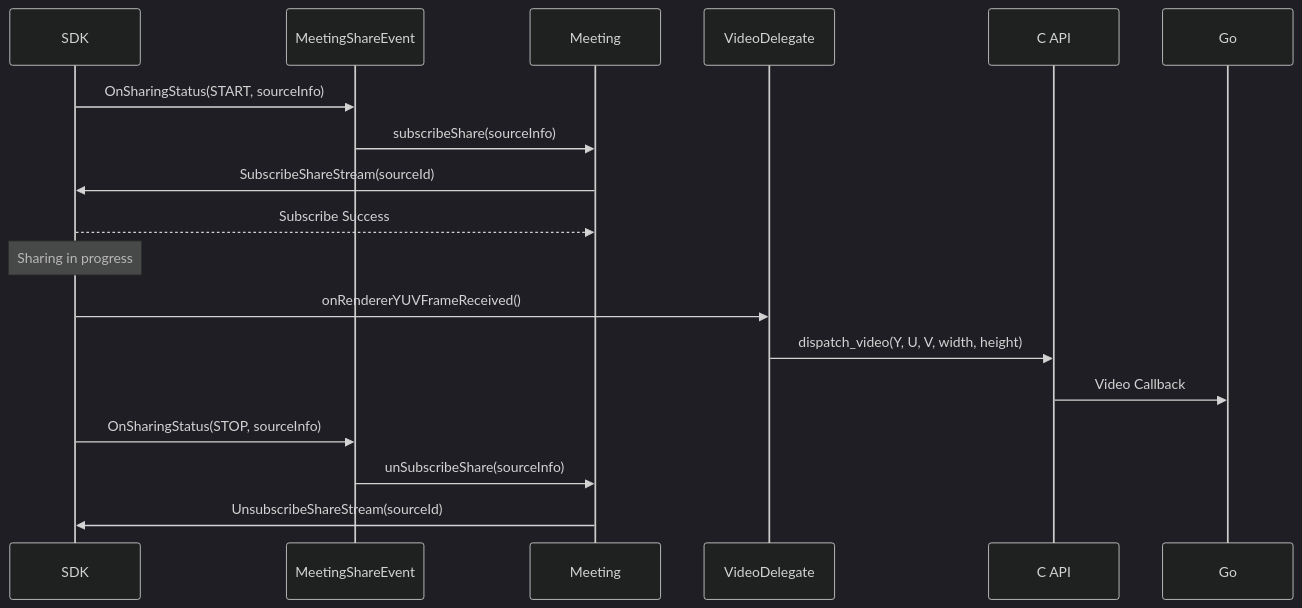
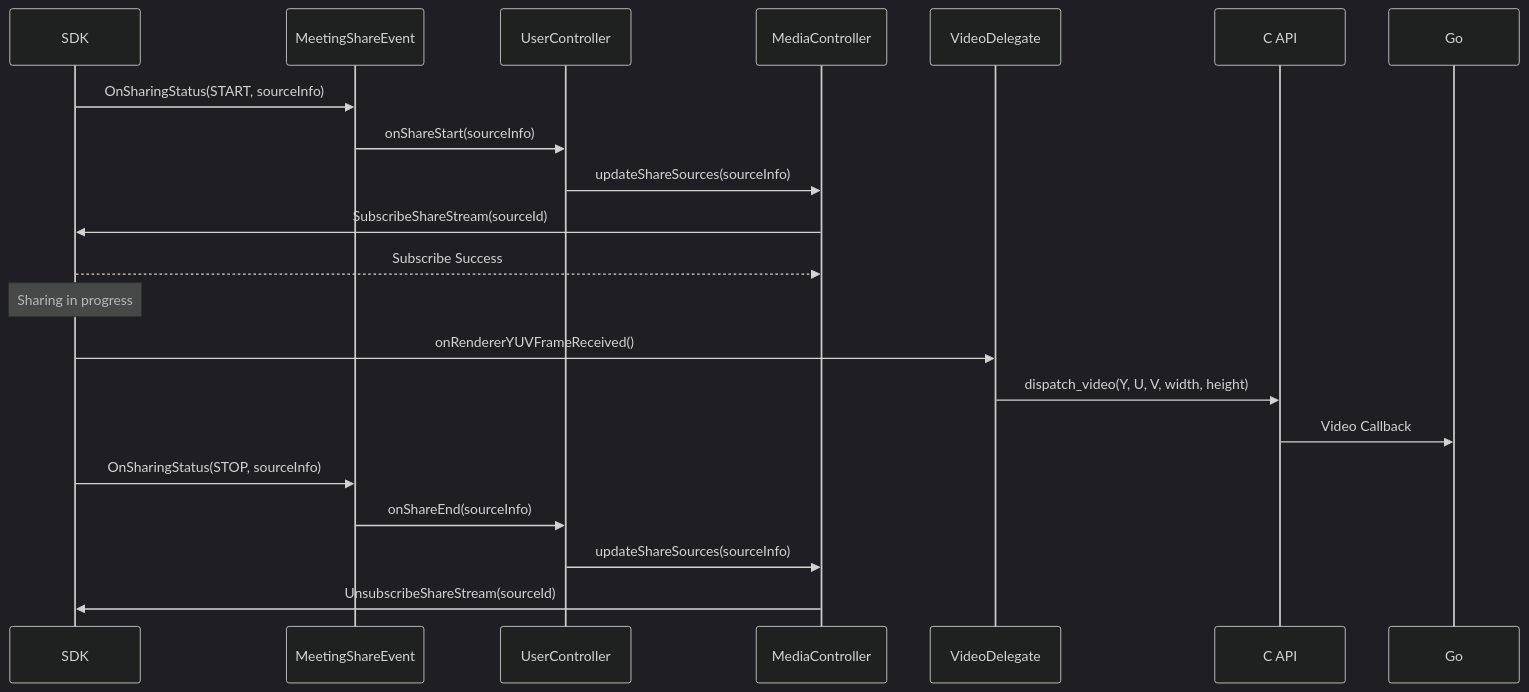
The second of 2 diagrams in README.md (qieqieplus/headless-meeting-bot), drawn with Mermaid (dark theme) before and after one commit. The commit also changed other lines of this file and 134 other files, not shown here.

First line of the commit message:
refactor: restructure codebase with modular architecture

````diff
--- a/README.md
+++ b/README.md
@@ -263,23 +263,25 @@
 ```mermaid
 sequenceDiagram
     participant SDK
     participant MeetingShareEvent
-    participant Meeting
+    participant UserController
+    participant MediaController
     participant VideoDelegate
 
     SDK->>MeetingShareEvent: OnSharingStatus(START, sourceInfo)
-    MeetingShareEvent->>Meeting: subscribeShare(sourceInfo)
-    
-    Meeting->>SDK: SubscribeShareStream(sourceId)
-    SDK-->>Meeting: Subscribe Success
+    MeetingShareEvent->>UserController: onShareStart(sourceInfo)
+    UserController->>MediaController: updateShareSources(sourceInfo)
+    MediaController->>SDK: SubscribeShareStream(sourceId)
+    SDK-->>MediaController: Subscribe Success
     
     Note over SDK: Sharing in progress
     
     SDK->>VideoDelegate: onRendererYUVFrameReceived()
     VideoDelegate->>C API: dispatch_video(Y, U, V, width, height)
     C API->>Go: Video Callback
     
     SDK->>MeetingShareEvent: OnSharingStatus(STOP, sourceInfo)
-    MeetingShareEvent->>Meeting: unSubscribeShare(sourceInfo)
-    Meeting->>SDK: UnsubscribeShareStream(sourceId)
+    MeetingShareEvent->>UserController: onShareEnd(sourceInfo)
+    UserController->>MediaController: updateShareSources(sourceInfo)
+    MediaController->>SDK: UnsubscribeShareStream(sourceId)
 ```
````
